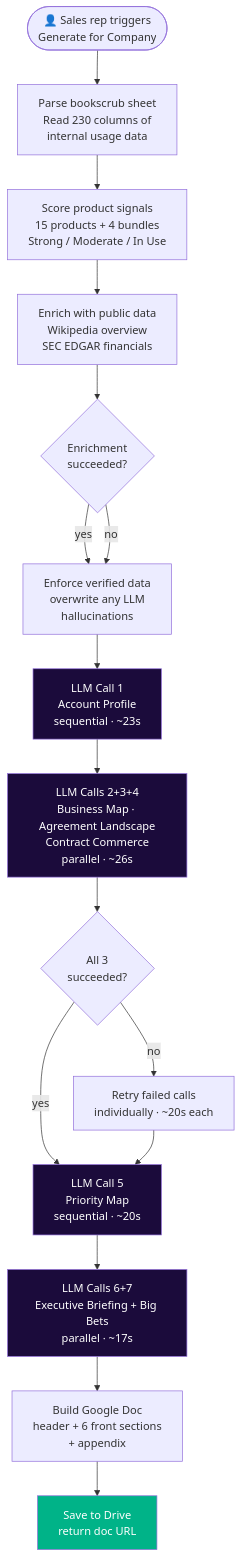
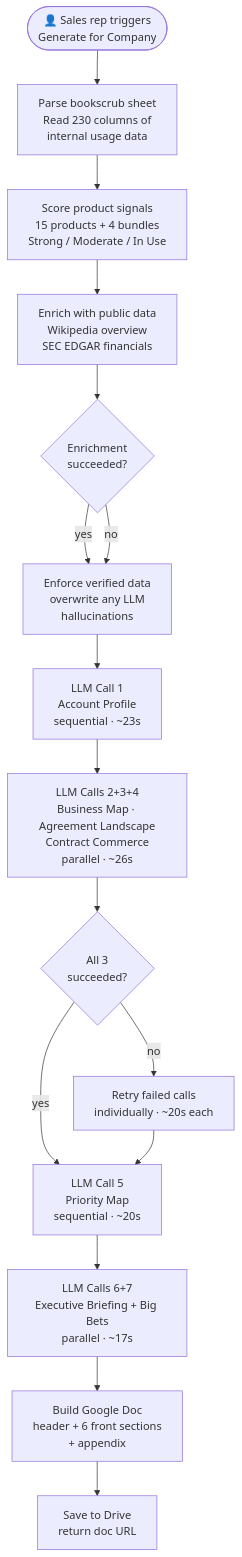
Before and after one commit to prsolans/growth-strategy-2026: the second of 6 diagrams in README.md, drawn with Mermaid. The commit also changed other lines of this file, not shown here.

First line of the commit message:
Remove Mermaid color styles, fix HTML tags rendering as literal text

````diff
--- a/README.md
+++ b/README.md
@@ -51,27 +45,21 @@
 ```mermaid
 flowchart TD
     A(["👤 Sales rep triggers<br/>Generate for Company"]) --> B["Parse bookscrub sheet<br/>Read 230 columns of<br/>internal usage data"]
     B --> C["Score product signals<br/>15 products + 4 bundles<br/>Strong / Moderate / In Use"]
     C --> D["Enrich with public data<br/>Wikipedia overview<br/>SEC EDGAR financials"]
     D --> E{"Enrichment<br/>succeeded?"}
     E -- yes --> F["Enforce verified data<br/>overwrite any LLM<br/>hallucinations"]
     E -- no --> F
 
     F --> G["LLM Call 1<br/>Account Profile<br/>sequential · ~23s"]
     G --> H["LLM Calls 2+3+4<br/>Business Map · Agreement Landscape<br/>Contract Commerce<br/>parallel · ~26s"]
 
     H --> I{"All 3<br/>succeeded?"}
     I -- yes --> K
     I -- no --> J["Retry failed calls<br/>individually · ~20s each"]
     J --> K["LLM Call 5<br/>Priority Map<br/>sequential · ~20s"]
     K --> L["LLM Calls 6+7<br/>Executive Briefing + Big Bets<br/>parallel · ~17s"]
 
     L --> M["Build Google Doc<br/>header + 6 front sections<br/>+ appendix"]
     M --> N["Save to Drive<br/>return doc URL"]
-
-    style G fill:#1B0B3B,color:#ffffff
-    style H fill:#1B0B3B,color:#ffffff
-    style K fill:#1B0B3B,color:#ffffff
-    style L fill:#1B0B3B,color:#ffffff
-    style N fill:#00B388,color:#ffffff
 ```
````
